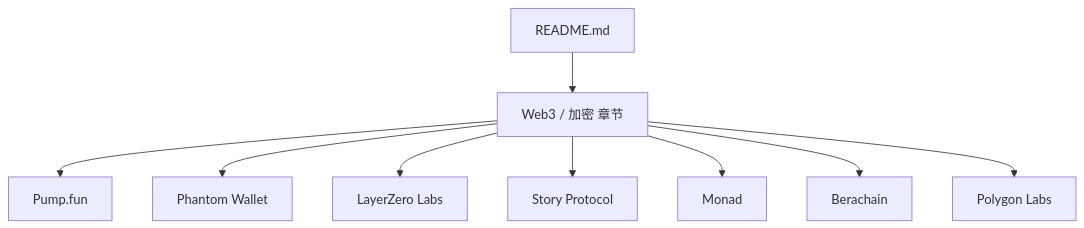
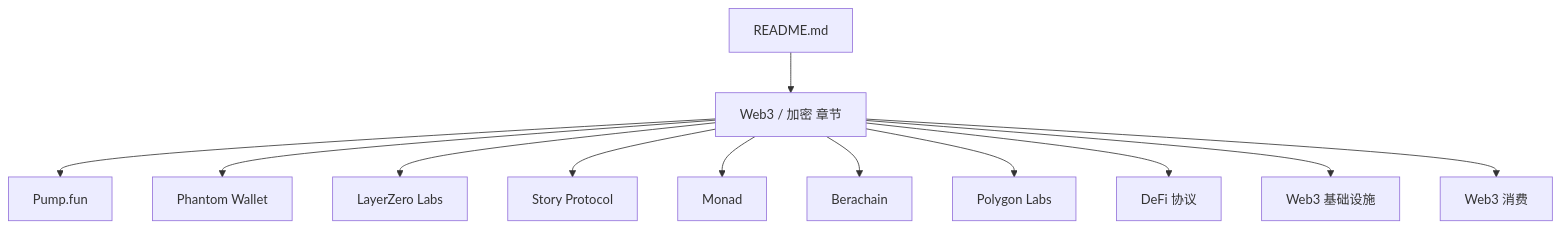
Before and after one commit to allengaller/awesome-startups: the first of 10 diagrams in .qoder/repowiki/zh/content/Web3 _ 加密.md, drawn with Mermaid. The commit also changed other lines of this file and 20 other files, not shown here.

````diff
--- a/.qoder/repowiki/zh/content/Web3 _ 加密.md
+++ b/.qoder/repowiki/zh/content/Web3 _ 加密.md
@@ -26,11 +35,14 @@
 ```mermaid
 graph TB
 A["README.md"] --> B["Web3 / 加密 章节"]
 B --> C["Pump.fun"]
 B --> D["Phantom Wallet"]
 B --> E["LayerZero Labs"]
 B --> F["Story Protocol"]
 B --> G["Monad"]
 B --> H["Berachain"]
 B --> I["Polygon Labs"]
+B --> J["DeFi 协议"]
+B --> K["Web3 基础设施"]
+B --> L["Web3 消费"]
 ```
````
